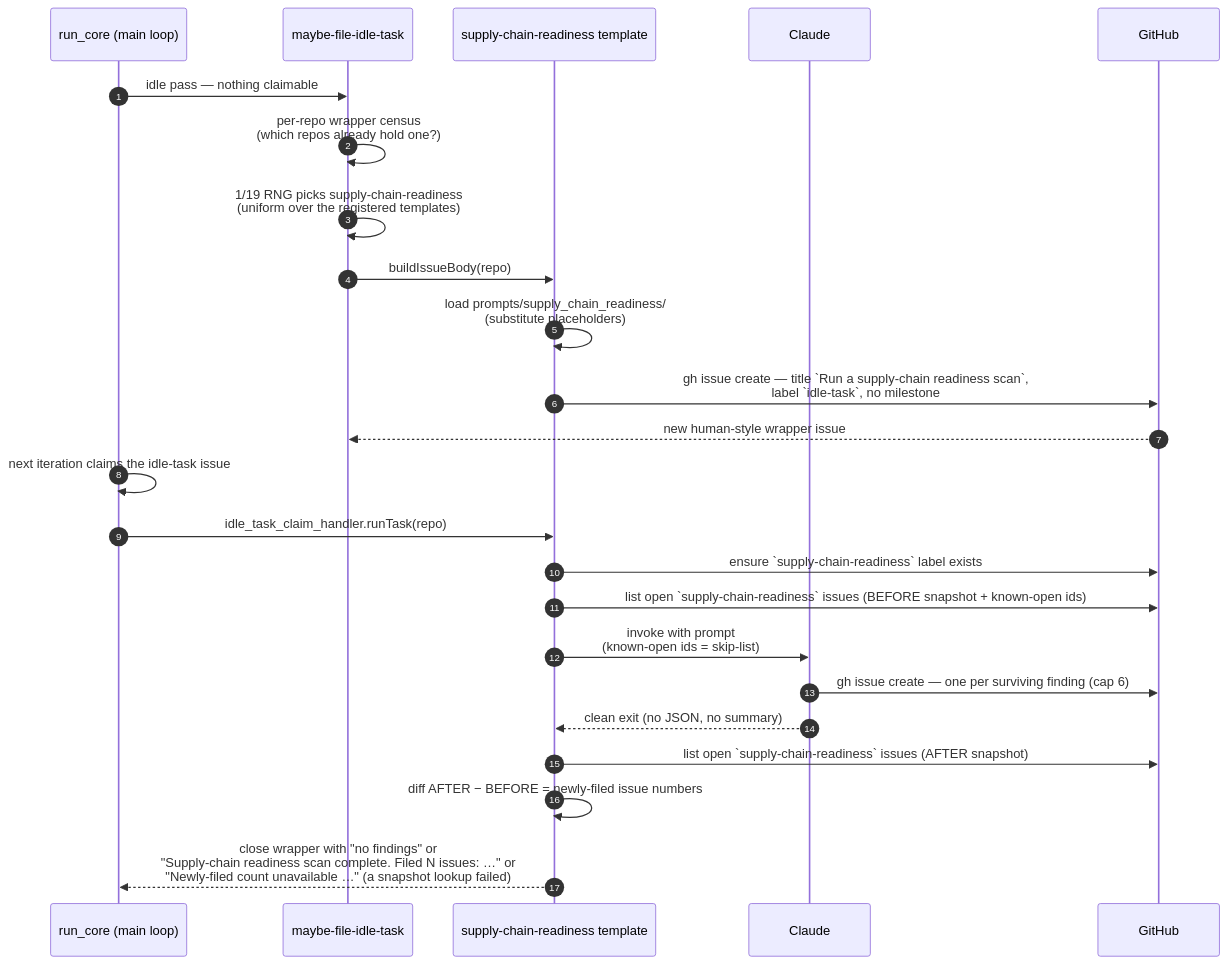
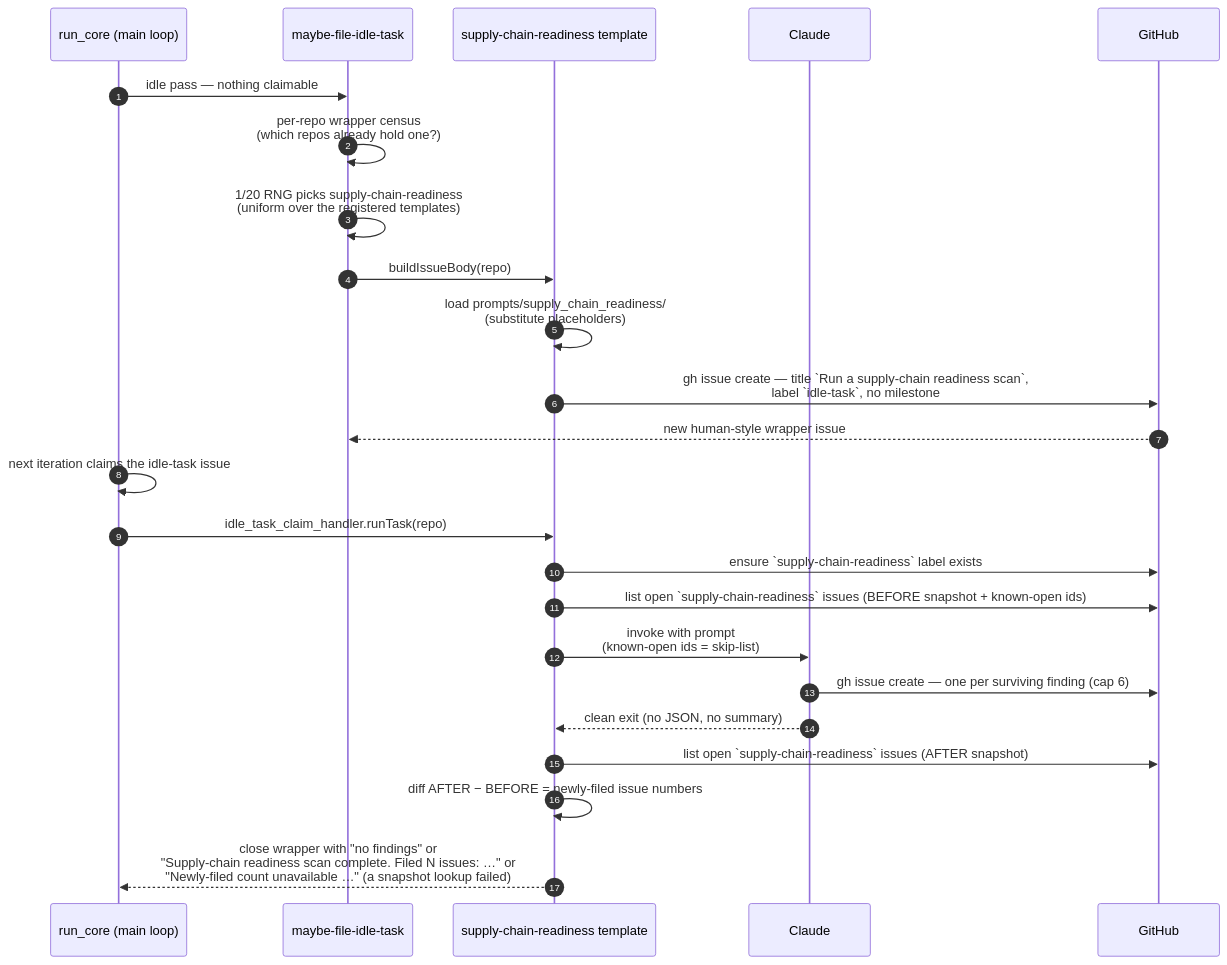
The first of 2 diagrams in docs/SUPPLY-CHAIN-READINESS-SCAN.md (stSoftwareAU/VibeCoder), drawn with Mermaid before and after one commit. The commit also changed other lines of this file and 30 other files, not shown here.

````diff
--- a/docs/SUPPLY-CHAIN-READINESS-SCAN.md
+++ b/docs/SUPPLY-CHAIN-READINESS-SCAN.md
@@ -171,27 +171,27 @@
 ```mermaid
 sequenceDiagram
     autonumber
     participant Main as run_core (main loop)
     participant Filer as maybe-file-idle-task
     participant Template as supply-chain-readiness template
     participant Claude
     participant GH as GitHub
 
     Main->>Filer: idle pass — nothing claimable
     Filer->>Filer: per-repo wrapper census<br/>(which repos already hold one?)
-    Filer->>Filer: 1/19 RNG picks supply-chain-readiness<br/>(uniform over the registered templates)
+    Filer->>Filer: 1/20 RNG picks supply-chain-readiness<br/>(uniform over the registered templates)
     Filer->>Template: buildIssueBody(repo)
     Template->>Template: load prompts/supply_chain_readiness/<br/>(substitute placeholders)
     Template->>GH: gh issue create — title `Run a supply-chain readiness scan`,<br/>label `idle-task`, no milestone
     GH-->>Filer: new human-style wrapper issue
     Main->>Main: next iteration claims the idle-task issue
     Main->>Template: idle_task_claim_handler.runTask(repo)
     Template->>GH: ensure `supply-chain-readiness` label exists
     Template->>GH: list open `supply-chain-readiness` issues (BEFORE snapshot + known-open ids)
     Template->>Claude: invoke with prompt<br/>(known-open ids = skip-list)
     Claude->>GH: gh issue create — one per surviving finding (cap 6)
     Claude-->>Template: clean exit (no JSON, no summary)
     Template->>GH: list open `supply-chain-readiness` issues (AFTER snapshot)
     Template->>Template: diff AFTER − BEFORE = newly-filed issue numbers
     Template-->>Main: close wrapper with "no findings" or<br/>"Supply-chain readiness scan complete. Filed N issues: …" or<br/>"Newly-filed count unavailable …" (a snapshot lookup failed)
 ```
````
